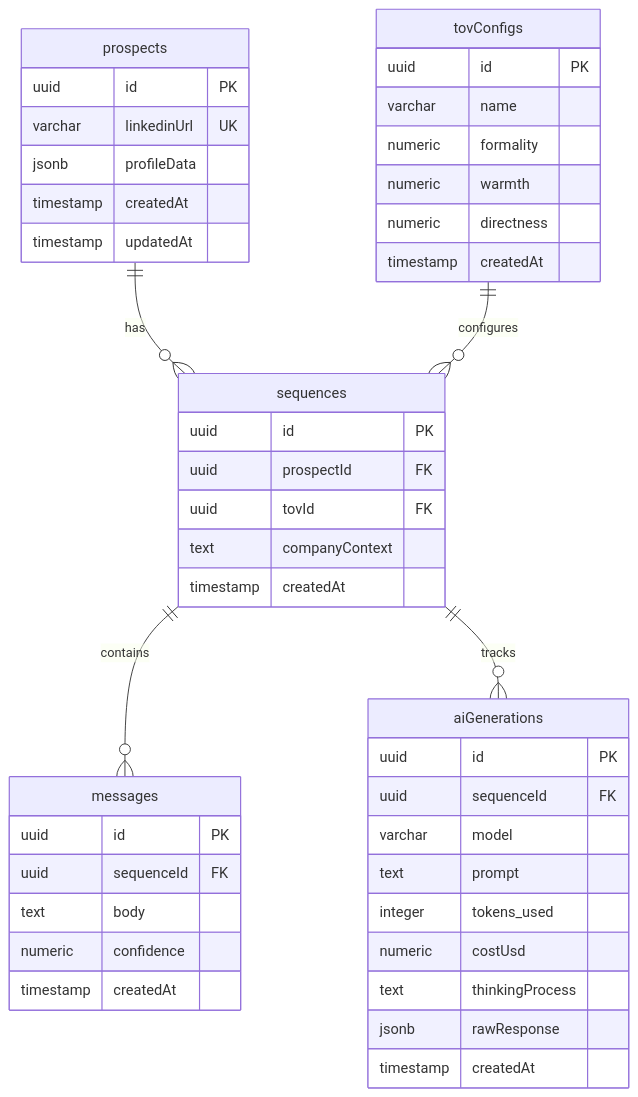
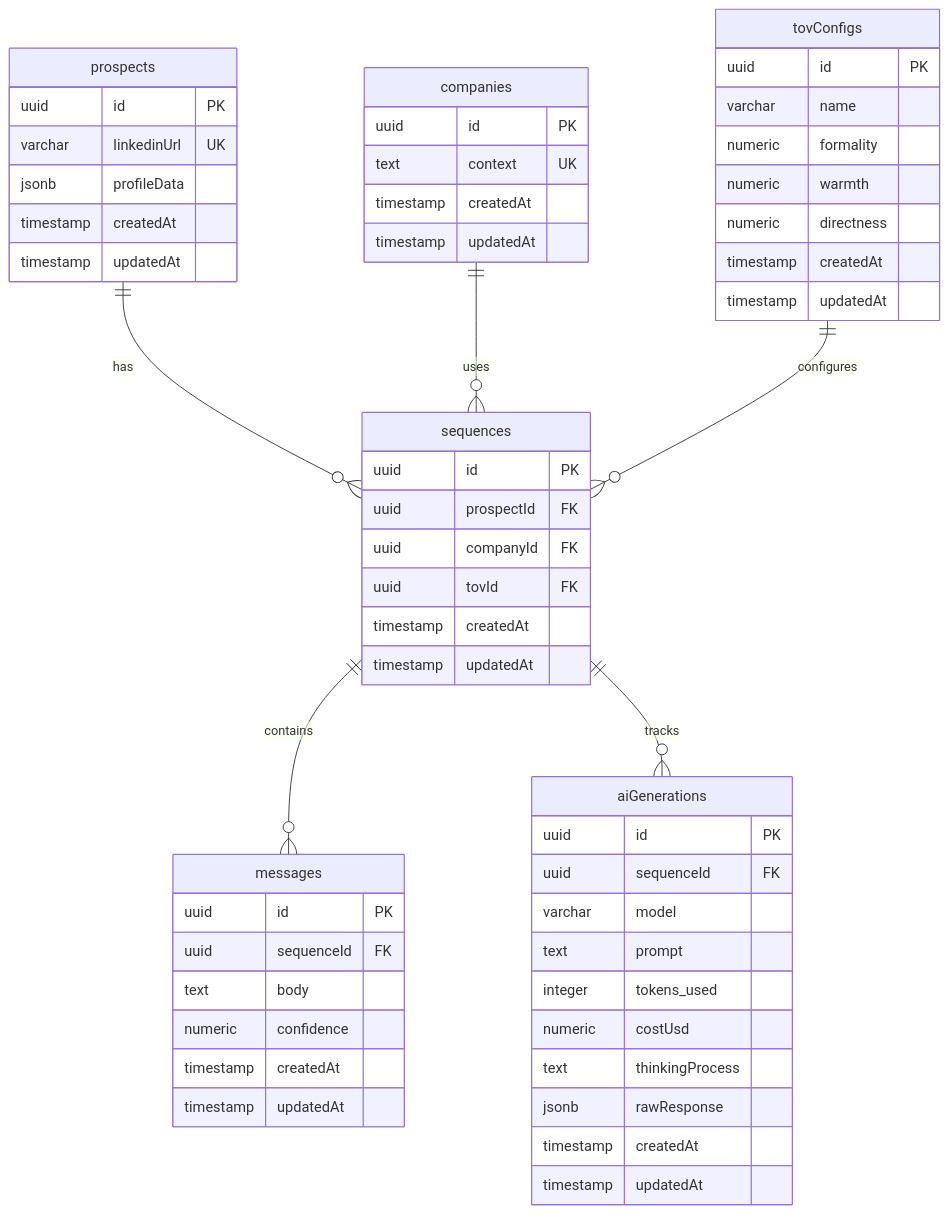
The diagram in README.md (jagrat7/ai-backend-coding-challenge), drawn with Mermaid before and after one commit. The commit also changed other lines of this file, not shown here.

Commit message:
add comprehensive readme with architecture documentation and setup instructions

````diff
--- a/README.md
+++ b/README.md
@@ -5,52 +25,64 @@
 ```mermaid
 erDiagram
     prospects ||--o{ sequences : "has"
+    companies ||--o{ sequences : "uses"
     tovConfigs ||--o{ sequences : "configures"
     sequences ||--o{ messages : "contains"
     sequences ||--o{ aiGenerations : "tracks"
 
     prospects {
         uuid id PK
         varchar linkedinUrl UK
         jsonb profileData
         timestamp createdAt
         timestamp updatedAt
     }
 
+    companies {
+        uuid id PK
+        text context UK
+        timestamp createdAt
+        timestamp updatedAt
+    }
+
     tovConfigs {
         uuid id PK
         varchar name
         numeric formality
         numeric warmth
         numeric directness
         timestamp createdAt
+        timestamp updatedAt
     }
 
     sequences {
         uuid id PK
         uuid prospectId FK
+        uuid companyId FK
         uuid tovId FK
-        text companyContext
         timestamp createdAt
+        timestamp updatedAt
     }
 
     messages {
         uuid id PK
         uuid sequenceId FK
         text body
         numeric confidence
         timestamp createdAt
+        timestamp updatedAt
     }
 
     aiGenerations {
         uuid id PK
         uuid sequenceId FK
         varchar model
         text prompt
         integer tokens_used
         numeric costUsd
         text thinkingProcess
         jsonb rawResponse
         timestamp createdAt
+        timestamp updatedAt
     }
 ```
````
